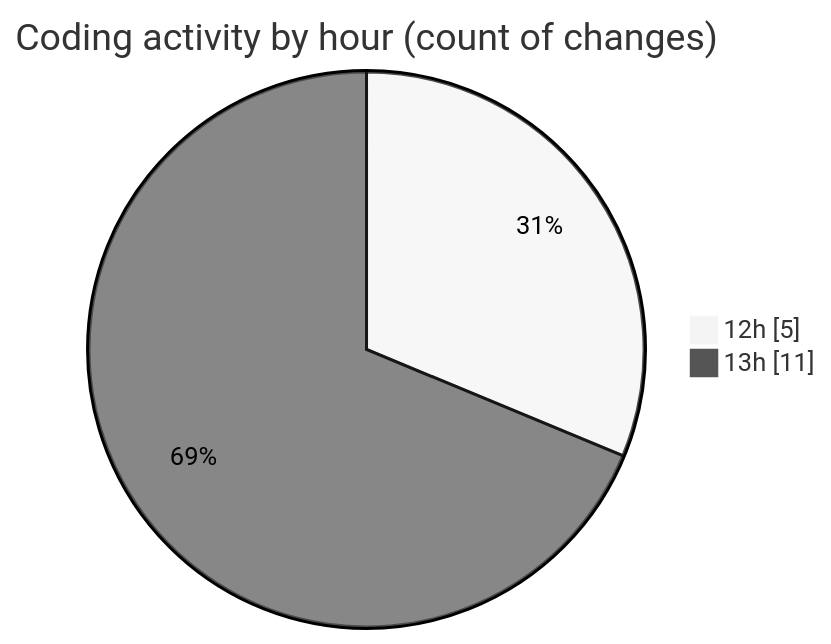
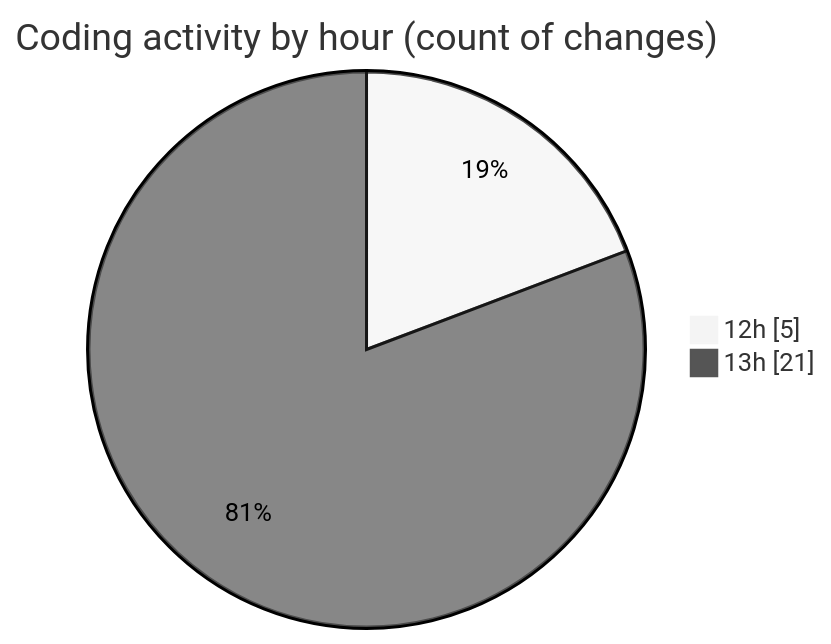
Before and after one commit to MatusMokan/code-tracking: the second of 2 diagrams in 2025-04-19/myws__workspace_/README.md, drawn with Mermaid (neutral theme). The commit also changed other lines of this file and 1 other file, not shown here.

````diff
--- a/2025-04-19/myws__workspace_/README.md
+++ b/2025-04-19/myws__workspace_/README.md
@@ -31,6 +31,6 @@
 ```mermaid
 pie showData
 title Coding activity by hour (count of changes)
 "12h" : 5
-"13h" : 11
+"13h" : 21
 ```
````
